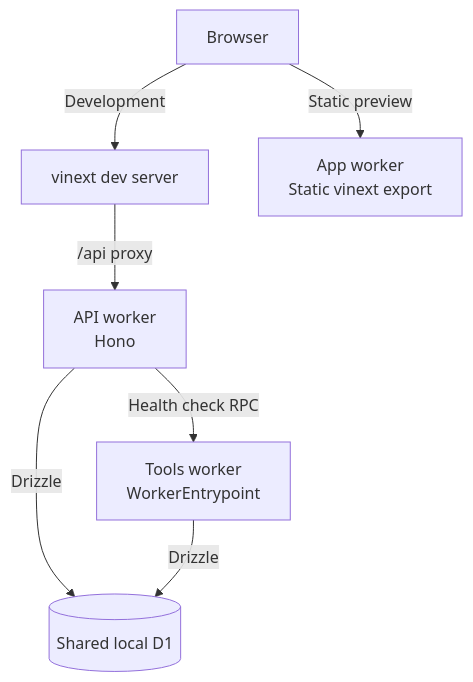
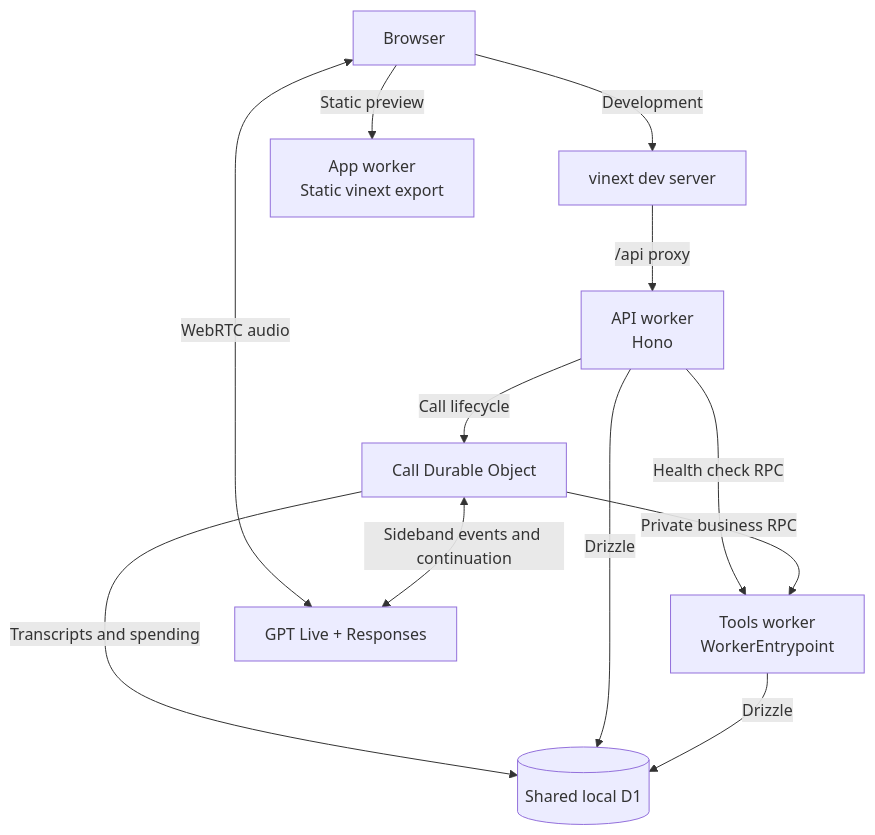
One commit to hd-o/voice-freight-broker changed the diagram in README.md. Above: the diagram before and after it, drawn with Mermaid. The commit also changed other lines of this file and 51 other files, not shown here.

````diff
--- a/README.md
+++ b/README.md
@@ -63,16 +128,23 @@
 ```mermaid
 flowchart TD
   Browser["Browser"]
   Dev["vinext dev server"]
   App["App worker<br/>Static vinext export"]
   API["API worker<br/>Hono"]
   Tools["Tools worker<br/>WorkerEntrypoint"]
+  Call["Call Durable Object"]
+  Live["GPT Live + Responses"]
   DB[("Shared local D1")]
 
   Browser -->|Development| Dev
   Browser -->|Static preview| App
   Dev -->|/api proxy| API
   API -->|Health check RPC| Tools
+  API -->|Call lifecycle| Call
+  Browser <-->|WebRTC audio| Live
+  Call <-->|Sideband events and continuation| Live
+  Call -->|Private business RPC| Tools
+  Call -->|Transcripts and spending| DB
   API -->|Drizzle| DB
   Tools -->|Drizzle| DB
 ```
````
